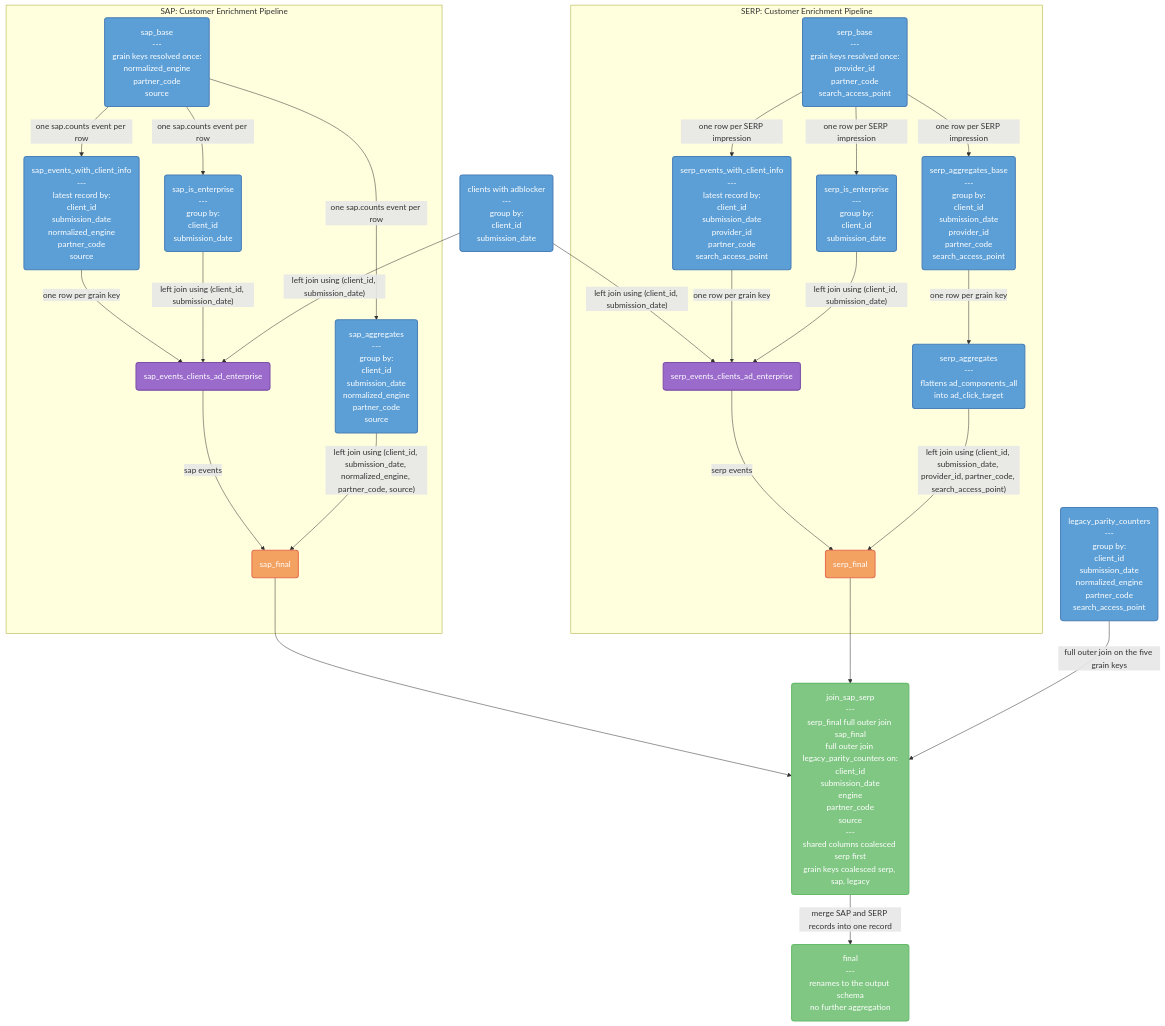
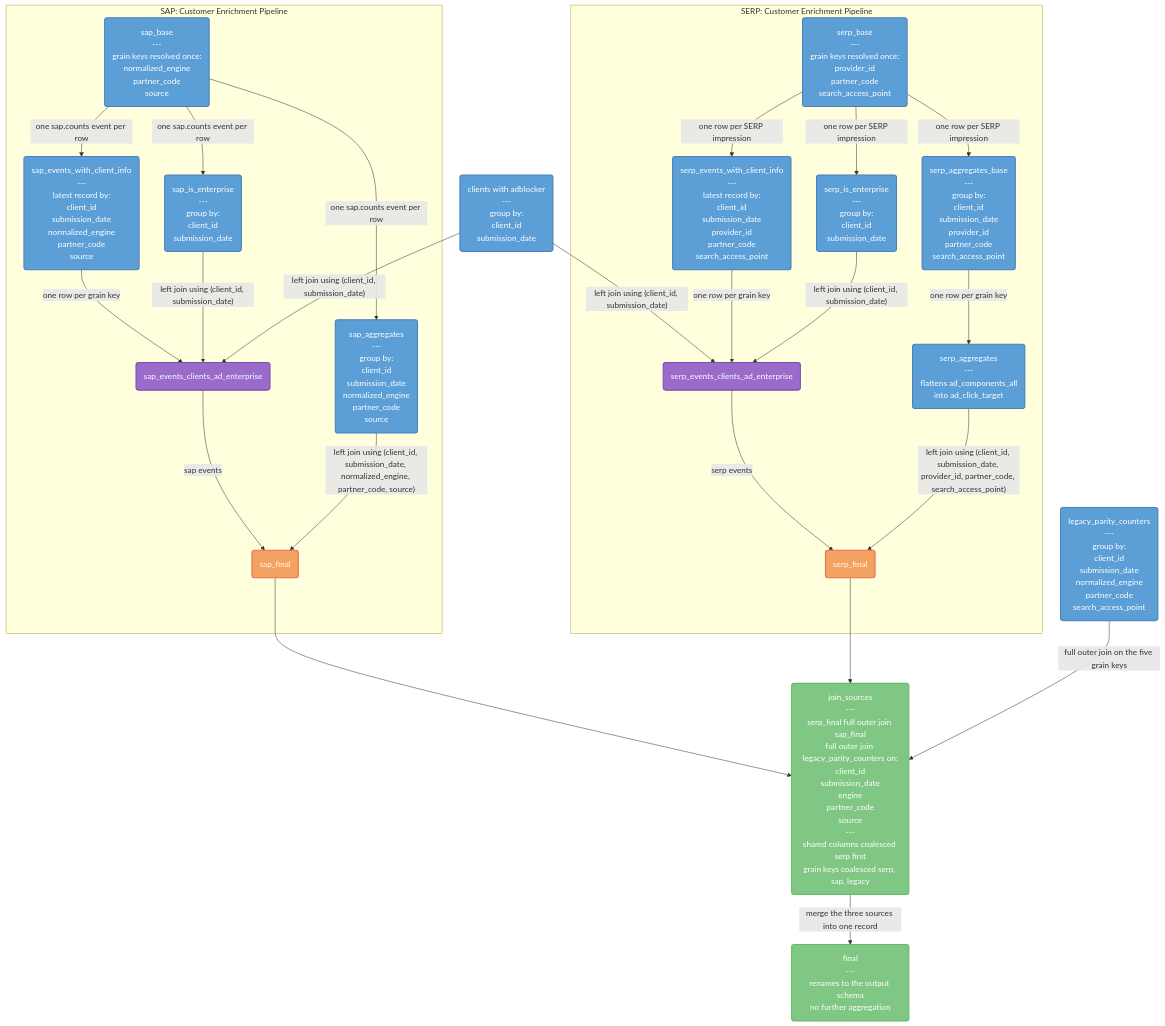
Before and after one commit to mozilla/bigquery-etl: the diagram in sql/moz-fx-data-shared-prod/search_derived/search_clients_daily_glean_v1/README.md, drawn with Mermaid. The commit also changed other lines of this file and 5 other files, not shown here.

Commit message:
refactor: rename the join and legacy base CTEs, and drop two-sided wording

````diff
--- a/sql/moz-fx-data-shared-prod/search_derived/search_clients_daily_glean_v1/README.md
+++ b/sql/moz-fx-data-shared-prod/search_derived/search_clients_daily_glean_v1/README.md
@@ -80,17 +80,17 @@
 
     %% FINALS
 
-    join_sap_serp("join_sap_serp<br/>---<br/>serp_final full outer join sap_final<br/>full outer join legacy_parity_counters on:<br/>client_id<br/>submission_date<br/>engine<br/>partner_code<br/>source<br/>---<br/>shared columns coalesced serp first<br/>grain keys coalesced serp, sap, legacy")
+    join_sources("join_sources<br/>---<br/>serp_final full outer join sap_final<br/>full outer join legacy_parity_counters on:<br/>client_id<br/>submission_date<br/>engine<br/>partner_code<br/>source<br/>---<br/>shared columns coalesced serp first<br/>grain keys coalesced serp, sap, legacy")
 
     final("final<br/>---<br/>renames to the output schema<br/>no further aggregation")
 
-    sap_final --> join_sap_serp
+    sap_final --> join_sources
 
-    serp_final --> join_sap_serp
+    serp_final --> join_sources
 
-    legacy -->|"full outer join on the five grain keys"| join_sap_serp
+    legacy -->|"full outer join on the five grain keys"| join_sources
 
-    join_sap_serp -->|"merge SAP and SERP records into one record"| final
+    join_sources -->|"merge the three sources into one record"| final
 
     %% Styling to match dbt docs
     classDef cteStyle fill:#5c9fd6,stroke:#4a7fb8,stroke-width:2px,color:#fff
@@ -102,5 +102,5 @@
     class sap_base,sap_events_info,adblocker,legacy,sap_enterprise,serp_base,serp_events_info,serp_enterprise,sap_agg,serp_agg_base,serp_agg cteStyle
     class sap_full_events,serp_full_events joinStyle
     class sap_final,serp_final intermediateStyle
-    class join_sap_serp,final finalStyle
+    class join_sources,final finalStyle
 ```
````
